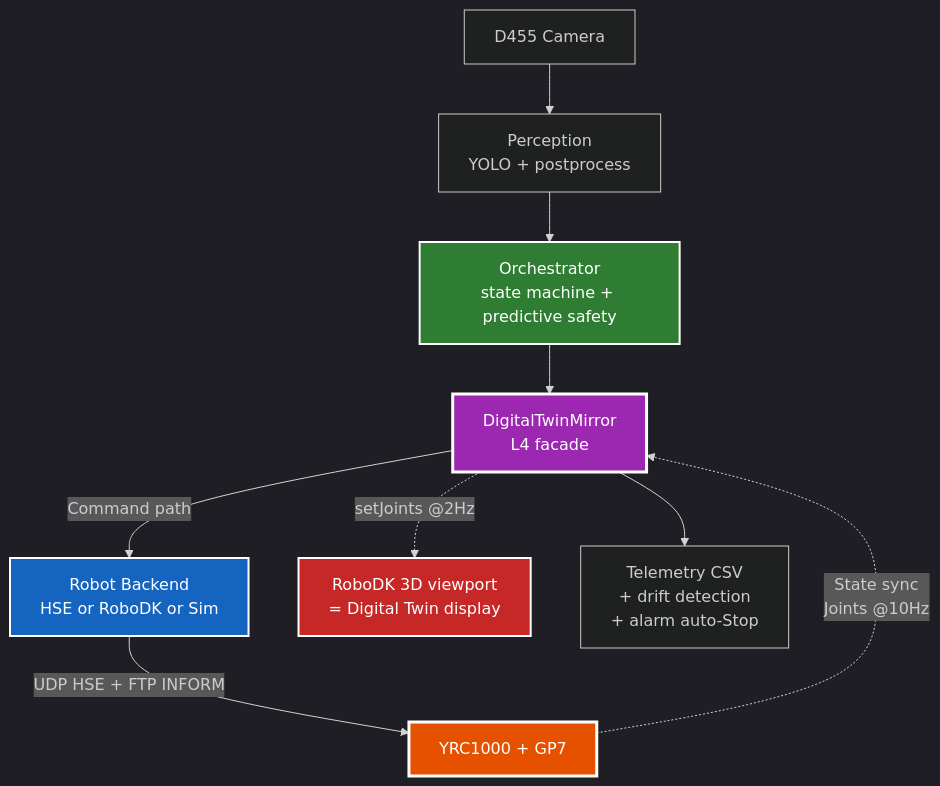
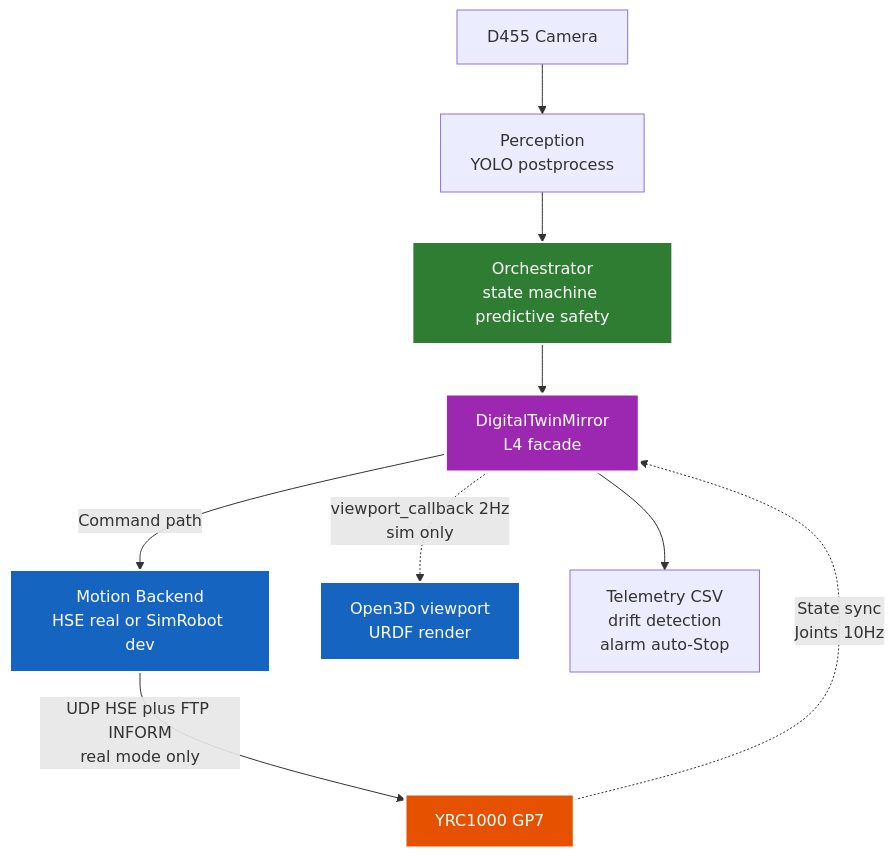
One commit to manhhv87/DTwinGP7 changed the second of 2 diagrams in README.md. Above: the diagram before and after it, drawn with Mermaid. The commit also changed other lines of this file and 54 other files, not shown here.

````diff
--- a/README.md
+++ b/README.md
@@ -65,18 +57,17 @@
 ```mermaid
-%%{init: {'theme':'dark'}}%%
 flowchart TB
-    CAM[D455 Camera] --> PER[Perception<br/>YOLO + postprocess]
-    PER --> ORC[Orchestrator<br/>state machine + predictive safety]
+    CAM[D455 Camera] --> PER[Perception<br/>YOLO postprocess]
+    PER --> ORC[Orchestrator<br/>state machine predictive safety]
     ORC --> DT[DigitalTwinMirror<br/>L4 facade]
-    DT -->|Command path| BE[Robot Backend<br/>HSE or RoboDK or Sim]
-    BE -->|UDP HSE + FTP INFORM| GP7[YRC1000 + GP7]
-    GP7 -.->|State sync<br/>Joints @10Hz| DT
-    DT -.->|setJoints @2Hz| RDK[RoboDK 3D viewport<br/>= Digital Twin display]
-    DT --> TEL[Telemetry CSV<br/>+ drift detection<br/>+ alarm auto-Stop]
+    DT -->|Command path| BE[Motion Backend<br/>HSE real or SimRobot dev]
+    BE -->|UDP HSE plus FTP INFORM<br/>real mode only| GP7[YRC1000 GP7]
+    GP7 -.->|State sync<br/>Joints 10Hz| DT
+    DT -.->|viewport_callback 2Hz<br/>sim only| O3D[Open3D viewport<br/>URDF render]
+    DT --> TEL[Telemetry CSV<br/>drift detection<br/>alarm auto-Stop]
 
     style ORC fill:#2E7D32,stroke:#fff,stroke-width:2px,color:#fff
     style DT fill:#9C27B0,stroke:#fff,stroke-width:3px,color:#fff
     style BE fill:#1565C0,stroke:#fff,stroke-width:2px,color:#fff
     style GP7 fill:#E65100,stroke:#fff,stroke-width:3px,color:#fff
-    style RDK fill:#C62828,stroke:#fff,stroke-width:2px,color:#fff
+    style O3D fill:#1565C0,stroke:#fff,stroke-width:2px,color:#fff
 ```
````
